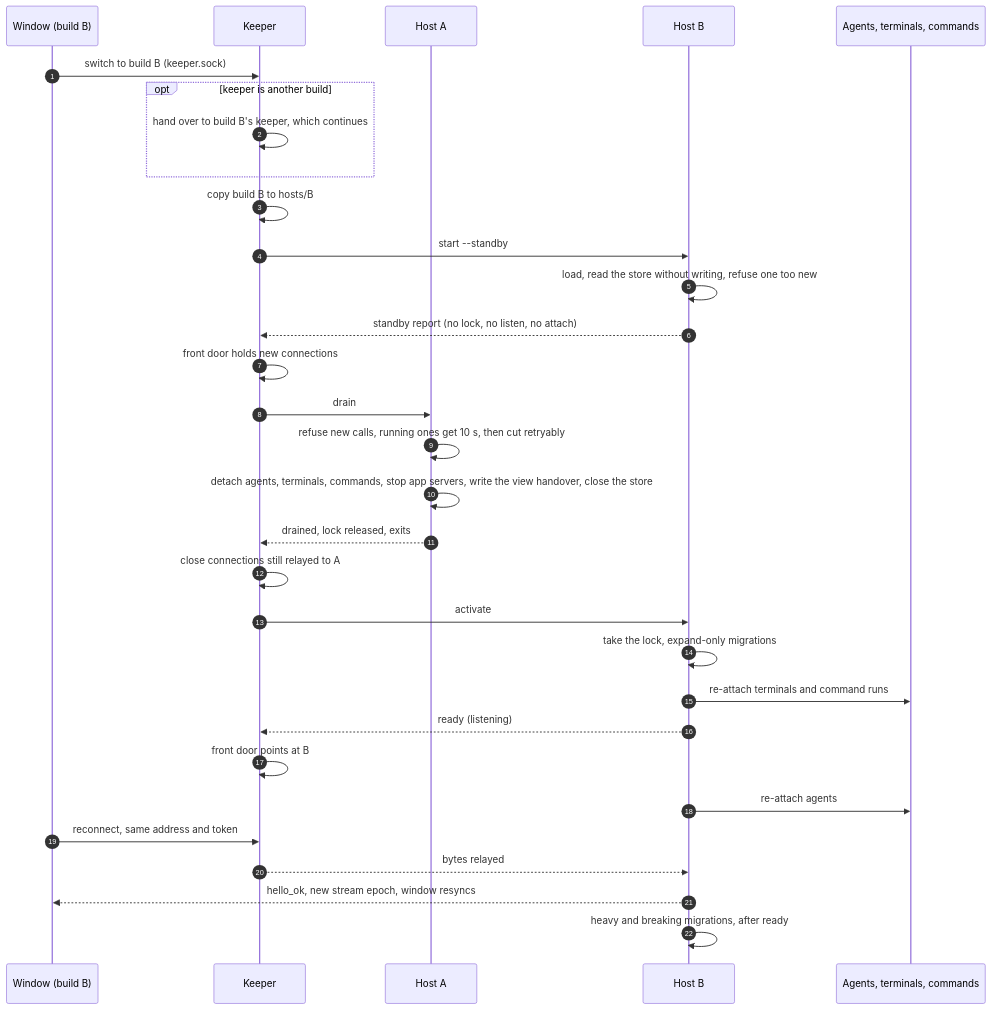
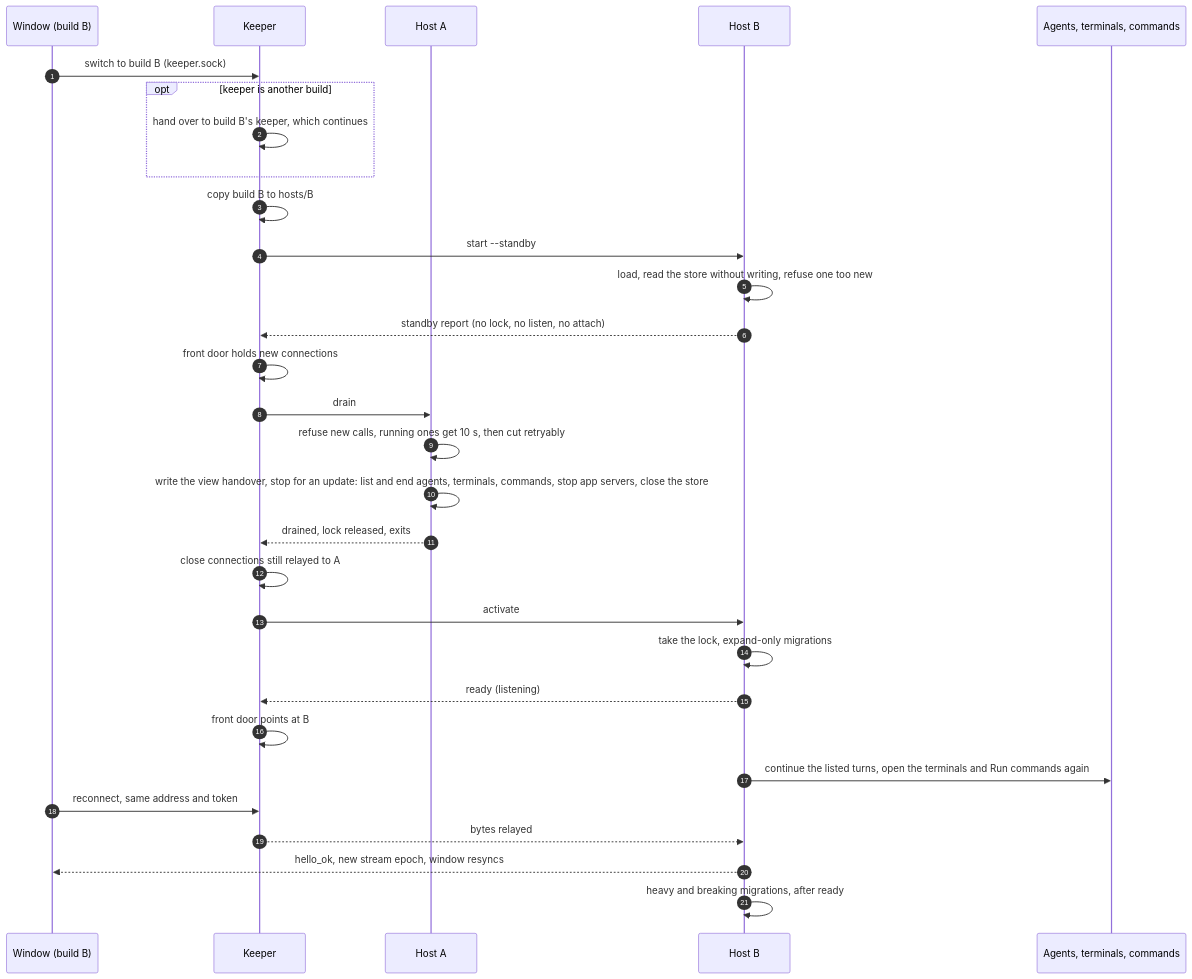
Before and after one commit to ijun17/centralu: the tenth of 11 diagrams in docs/domain-model.ko.md, drawn with Mermaid. The commit also changed other lines of this file and 9 other files, not shown here.

````diff
--- a/docs/domain-model.ko.md
+++ b/docs/domain-model.ko.md
@@ -689,33 +689,32 @@
 ```mermaid
 sequenceDiagram
   autonumber
   participant W as Window (build B)
   participant K as Keeper
   participant HA as Host A
   participant HB as Host B
   participant C as Agents, terminals, commands
   W->>K: switch to build B (keeper.sock)
   opt keeper is another build
     K->>K: hand over to build B's keeper, which continues
   end
   K->>K: copy build B to hosts/B
   K->>HB: start --standby
   HB->>HB: load, read the store without writing, refuse one too new
   HB-->>K: standby report (no lock, no listen, no attach)
   K->>K: front door holds new connections
   K->>HA: drain
   HA->>HA: refuse new calls, running ones get 10 s, then cut retryably
-  HA->>HA: detach agents, terminals, commands, stop app servers, write the view handover, close the store
+  HA->>HA: write the view handover, stop for an update: list and end agents, terminals, commands, stop app servers, close the store
   HA-->>K: drained, lock released, exits
   K->>K: close connections still relayed to A
   K->>HB: activate
   HB->>HB: take the lock, expand-only migrations
-  HB->>C: re-attach terminals and command runs
   HB-->>K: ready (listening)
   K->>K: front door points at B
-  HB->>C: re-attach agents
+  HB->>C: continue the listed turns, open the terminals and Run commands again
   W->>K: reconnect, same address and token
   K-->>HB: bytes relayed
   HB-->>W: hello_ok, new stream epoch, window resyncs
   HB->>HB: heavy and breaking migrations, after ready
 ```
````
